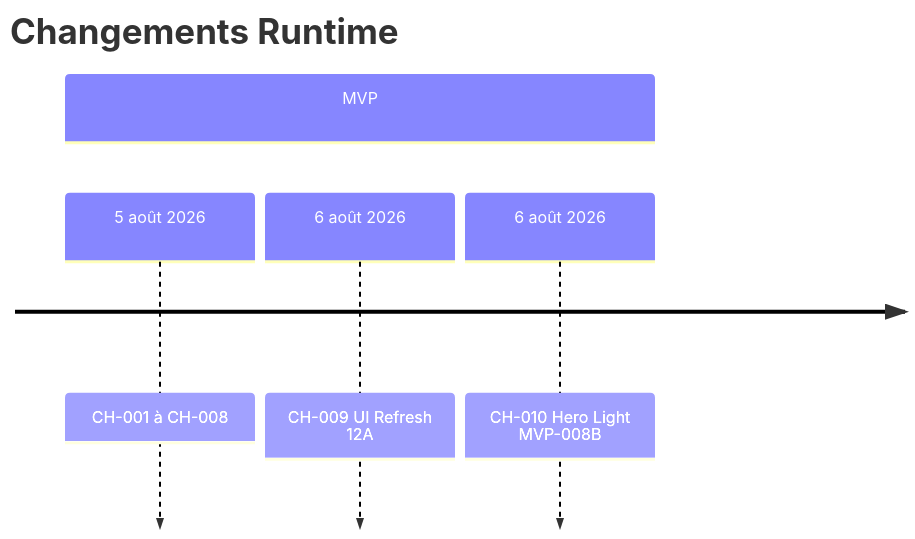
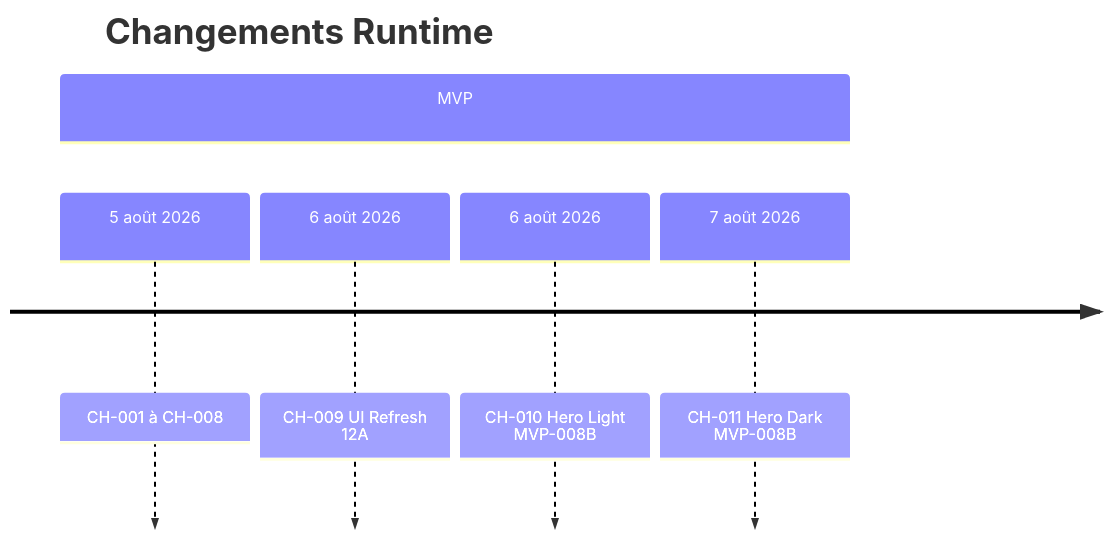
One commit to JavaChrist/Tai-Chi-AI-Coach changed the diagram in docs/runtime/17_CHANGE_HISTORY.md. Above: the diagram before and after it, drawn with Mermaid. The commit also changed other lines of this file and 64 other files, not shown here.

First line of the commit message:
feat(hero): finalize MVP-008B dark environments

````diff
--- a/docs/runtime/17_CHANGE_HISTORY.md
+++ b/docs/runtime/17_CHANGE_HISTORY.md
@@ -45,8 +46,9 @@
 ```mermaid
 timeline
   title Changements Runtime
   section MVP
     5 août 2026 : CH-001 à CH-008
     6 août 2026 : CH-009 UI Refresh 12A
     6 août 2026 : CH-010 Hero Light MVP-008B
+    7 août 2026 : CH-011 Hero Dark MVP-008B
 ```
````
